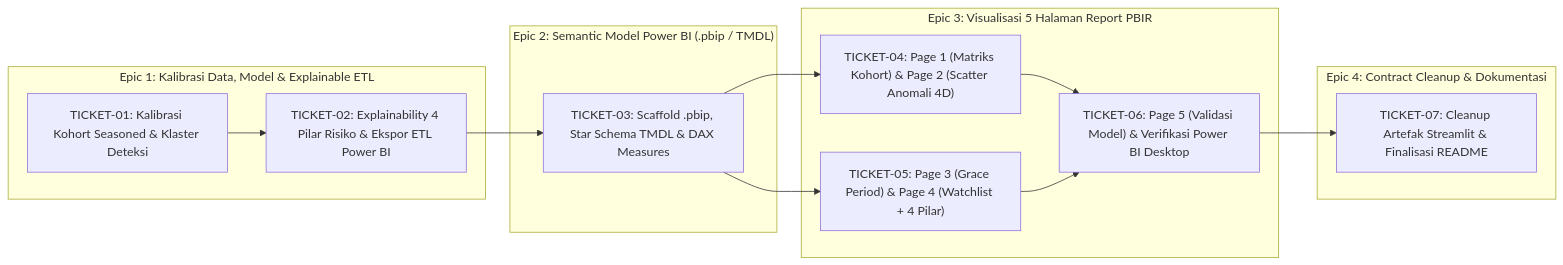
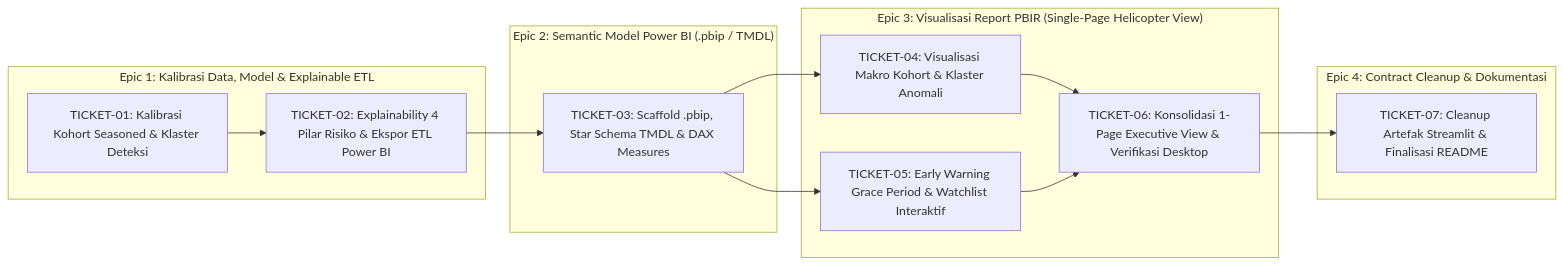
Before and after one commit to brianilham/analisis-kohort-paydi: the diagram in TICKETS.md, drawn with Mermaid. The commit also changed other lines of this file and 72 other files, not shown here.

Commit message:
feat(powerbi): consolidate into 1-page Executive Helicopter View and update docs

````diff
--- a/TICKETS.md
+++ b/TICKETS.md
@@ -5,25 +5,25 @@
 ```mermaid
 flowchart LR
     subgraph E1["Epic 1: Kalibrasi Data, Model & Explainable ETL"]
         T1["TICKET-01: Kalibrasi Kohort Seasoned & Klaster Deteksi"]
         T2["TICKET-02: Explainability 4 Pilar Risiko & Ekspor ETL Power BI"]
         T1 --> T2
     end
     subgraph E2["Epic 2: Semantic Model Power BI (.pbip / TMDL)"]
         T3["TICKET-03: Scaffold .pbip, Star Schema TMDL & DAX Measures"]
     end
-    subgraph E3["Epic 3: Visualisasi 5 Halaman Report PBIR"]
-        T4["TICKET-04: Page 1 (Matriks Kohort) & Page 2 (Scatter Anomali 4D)"]
-        T5["TICKET-05: Page 3 (Grace Period) & Page 4 (Watchlist + 4 Pilar)"]
-        T6["TICKET-06: Page 5 (Validasi Model) & Verifikasi Power BI Desktop"]
+    subgraph E3["Epic 3: Visualisasi Report PBIR (Single-Page Helicopter View)"]
+        T4["TICKET-04: Visualisasi Makro Kohort & Klaster Anomali"]
+        T5["TICKET-05: Early Warning Grace Period & Watchlist Interaktif"]
+        T6["TICKET-06: Konsolidasi 1-Page Executive View & Verifikasi Desktop"]
     end
     subgraph E4["Epic 4: Contract Cleanup & Dokumentasi"]
         T7["TICKET-07: Cleanup Artefak Streamlit & Finalisasi README"]
     end
     T2 --> T3
     T3 --> T4
     T3 --> T5
     T4 --> T6
     T5 --> T6
     T6 --> T7
 ```
````
